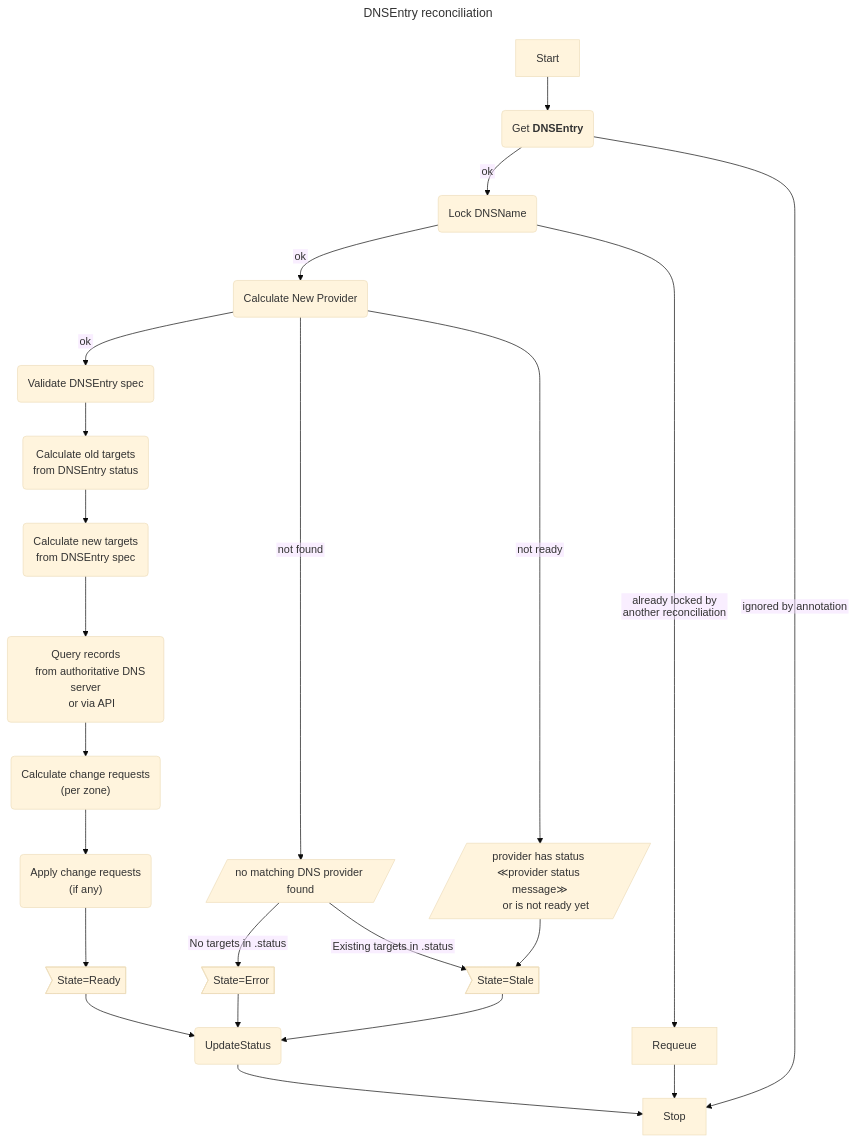
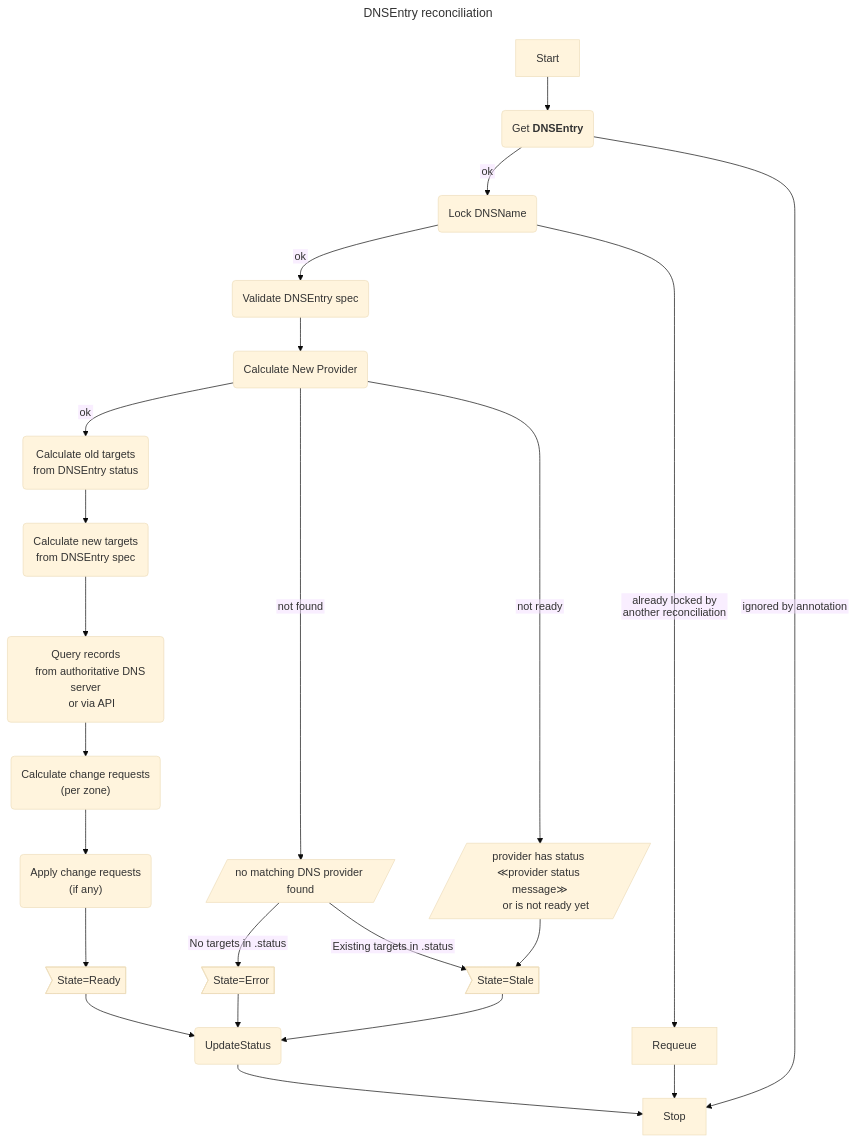
One commit to gardener/external-dns-management changed the diagram in docs/dnsman2/development/dnsentry-reconciliation.md. Above: the diagram before and after it, drawn with Mermaid (base theme). The commit also changed 6 other files, not shown here.

````diff
--- a/docs/dnsman2/development/dnsentry-reconciliation.md
+++ b/docs/dnsman2/development/dnsentry-reconciliation.md
@@ -12,54 +12,54 @@
 ```mermaid
 ---
 title: DNSEntry reconciliation
 config:
   flowchart:
     htmlLabels: false
 ---
 flowchart TD
     Get("`Get **DNSEntry**`")
     Requeue["Requeue"]
     LockName("Lock DNSName")
     CalcNewProvider("Calculate New Provider")
     UpdateStatus("UpdateStatus")
     StateReady>"State=Ready"]
     StateStale>"State=Stale"]
     StateError>"State=Error"]
     Validate("Validate DNSEntry spec")
     CalcOldTargets("Calculate old targets
     from DNSEntry status")
     CalcNewTargets("Calculate new targets
     from DNSEntry spec")
     QueryRecords("Query records
     from authoritative DNS server
     or via API")
     CalculateChanges("Calculate change requests
     (per zone)")
     ApplyChangeRequests("Apply change requests
     (if any)")
     NoMatchingTxt[/"no matching DNS provider found"/]
     ProviderNotReadyTxt[/"provider has status ≪provider status message≫
     or is not ready yet"/]
     
     Start --> Get
     Get -->|ok| LockName
     Get -->|ignored by annotation| Stop
-    LockName -->|ok| CalcNewProvider
+    LockName -->|ok| Validate
     LockName -->|"already locked by
     another reconciliation"| Requeue --> Stop
-    CalcNewProvider -->|ok| Validate
+    Validate --> CalcNewProvider
+    CalcNewProvider -->|ok| CalcOldTargets
     CalcNewProvider -->|not found| NoMatchingTxt
     NoMatchingTxt -->|"No targets in .status"| StateError
     NoMatchingTxt -->|"Existing targets in .status"| StateStale
-    Validate --> CalcOldTargets
     CalcNewProvider -->|not ready| ProviderNotReadyTxt --> StateStale
     CalcOldTargets --> CalcNewTargets
     CalcNewTargets --> QueryRecords
     QueryRecords --> CalculateChanges
     CalculateChanges --> ApplyChangeRequests
     ApplyChangeRequests --> StateReady
     StateStale --> UpdateStatus
     StateError --> UpdateStatus
     StateReady --> UpdateStatus
     UpdateStatus --> Stop
 ```
````
